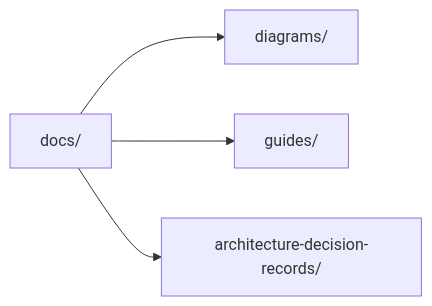
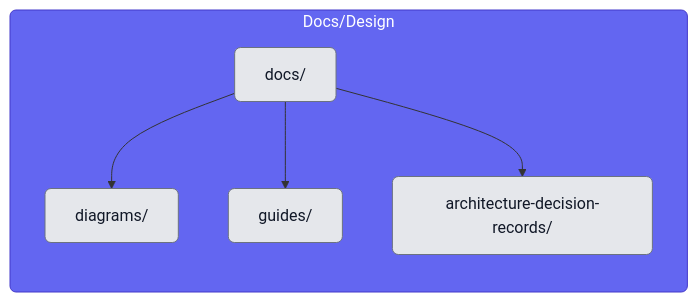
One commit to kpm34/college-football-fantasy-app changed the diagram in docs/diagrams/directory-map/chapters/docs.md. Above: the diagram before and after it, drawn with Mermaid. The commit also changed 18 other files, not shown here.

Commit message:
feat(docs): update Directory Map diagrams to new guide; move diagrams to full-width container; enlarge diagram viewport and controls

````diff
--- a/docs/diagrams/directory-map/chapters/docs.md
+++ b/docs/diagrams/directory-map/chapters/docs.md
@@ -6,6 +6,12 @@
 ```mermaid
 graph LR
-  D[docs/] --> D1[diagrams/]
-  D --> D2[guides/]
-  D --> D3[architecture-decision-records/]
+  classDef folder fill:#e5e7eb,stroke:#6b7280,color:#111827,rx:6,ry:6
+  classDef docs fill:#6366f1,stroke:#4338ca,color:#ffffff,rx:6,ry:6
+
+  subgraph DOCS[Docs/Design]
+    D[docs/]:::folder --> D1[diagrams/]:::folder
+    D --> D2[guides/]:::folder
+    D --> D3[architecture-decision-records/]:::folder
+  end
+  class DOCS docs;
 ```
````
